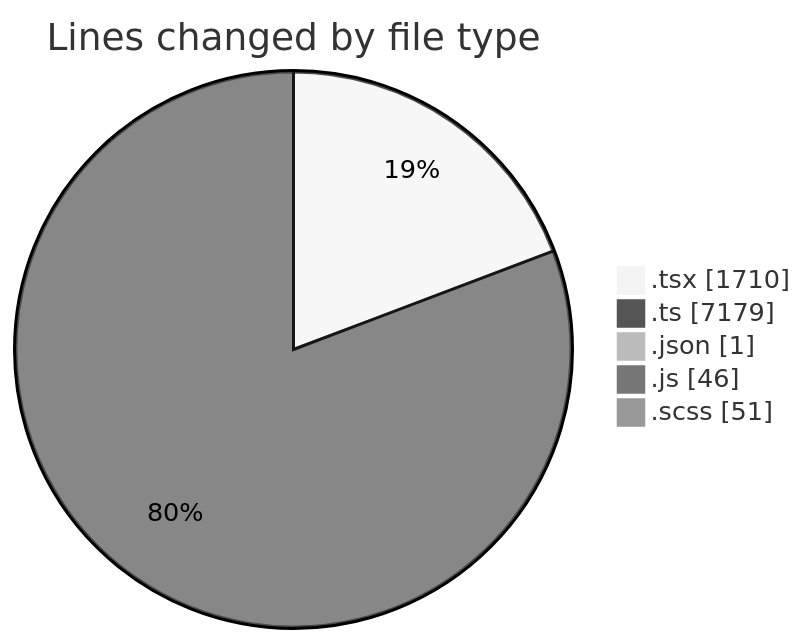
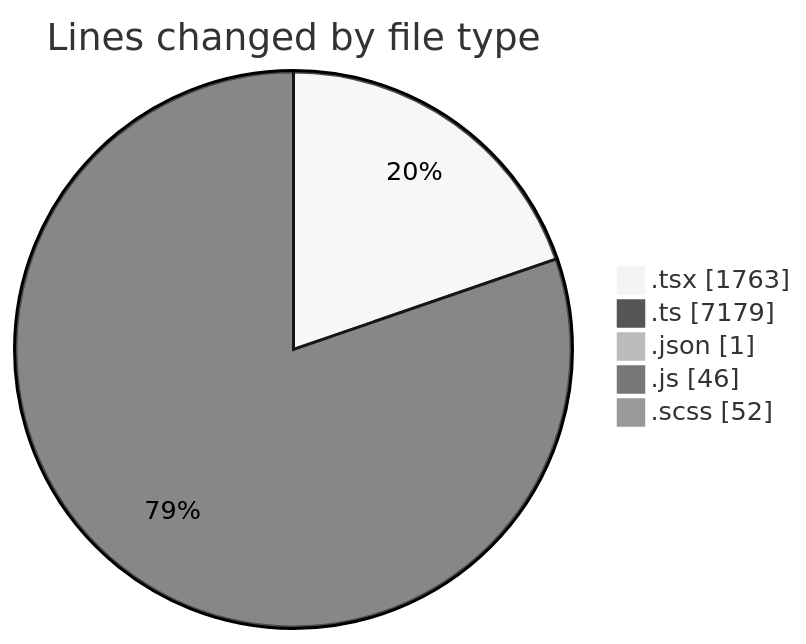
Before and after one commit to momahboobian/code-tracking: the first of 2 diagrams in 2026-09-17/cda/README.md, drawn with Mermaid (neutral theme). The commit also changed other lines of this file and 1 other file, not shown here.

````diff
--- a/2026-09-17/cda/README.md
+++ b/2026-09-17/cda/README.md
@@ -41,9 +42,9 @@
 ```mermaid
 pie showData
 title Lines changed by file type
-".tsx" : 1710
+".tsx" : 1763
 ".ts" : 7179
 ".json" : 1
 ".js" : 46
-".scss" : 51
+".scss" : 52
 ```
````
